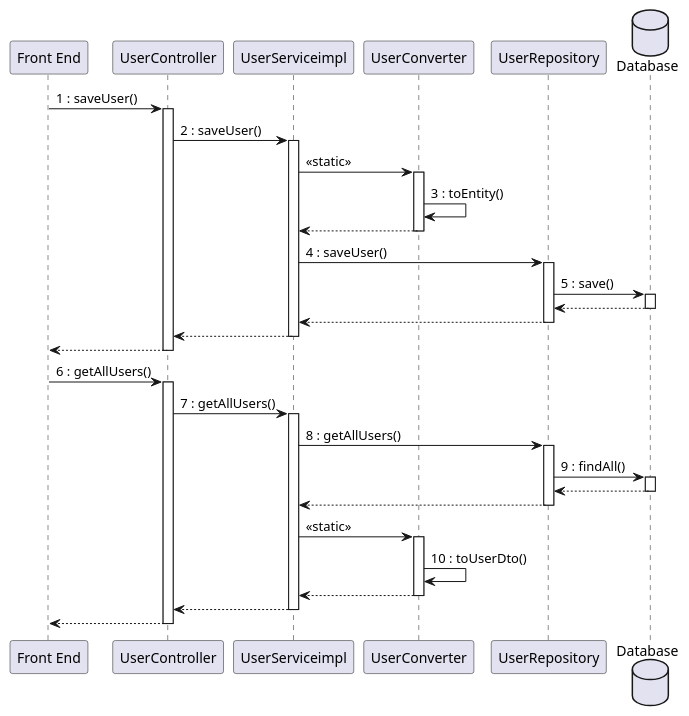
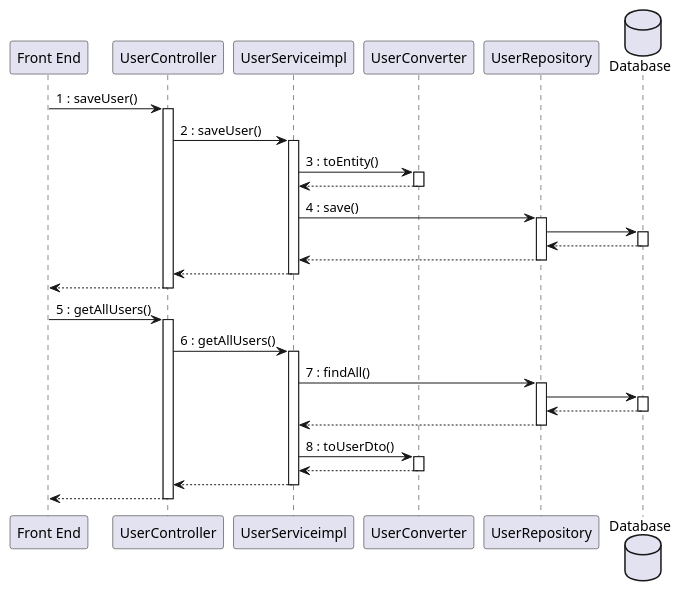
The fifth of 15 diagrams in docs/DesignDocument.md (mosTavassoli/ezgas), drawn with PlantUML before and after one commit. The commit also changed other lines of this file, not shown here.

Commit message:
docs(DesignDocument): fix and improve sequence diagrams

````diff
--- a/docs/DesignDocument.md
+++ b/docs/DesignDocument.md
@@ -479,36 +481,34 @@
 ```plantuml
 database Database order 30
 "Front End" -> UserController:1 : saveUser()
 activate UserController
 UserController -> UserServiceimpl:2 : saveUser()
 activate UserServiceimpl
-UserServiceimpl -> UserConverter:<<static>>
+UserServiceimpl -> UserConverter:3 : toEntity()
 activate UserConverter
-UserConverter -> UserConverter:3 : toEntity()
 return
-UserServiceimpl -> UserRepository:4 : saveUser()
+UserServiceimpl -> UserRepository:4 : save()
 activate UserRepository
-UserRepository -> Database:5 : save()
+UserRepository -> Database
 activate Database
 return
 return
 return
 return
 
-"Front End" -> UserController:6 : getAllUsers()
+"Front End" -> UserController:5 : getAllUsers()
 activate UserController
-UserController -> UserServiceimpl:7 : getAllUsers()
+UserController -> UserServiceimpl:6 : getAllUsers()
 activate UserServiceimpl
-UserServiceimpl -> UserRepository:8 : getAllUsers()
+UserServiceimpl -> UserRepository:7 : findAll()
 activate UserRepository
-UserRepository -> Database:9 : findAll()
+UserRepository -> Database
 activate Database
 return
 return
-UserServiceimpl -> UserConverter:<<static>>
+UserServiceimpl -> UserConverter:8 : toUserDto()
 activate UserConverter
-UserConverter -> UserConverter:10 : toUserDto()
 return
 return
 return
 ```
````
